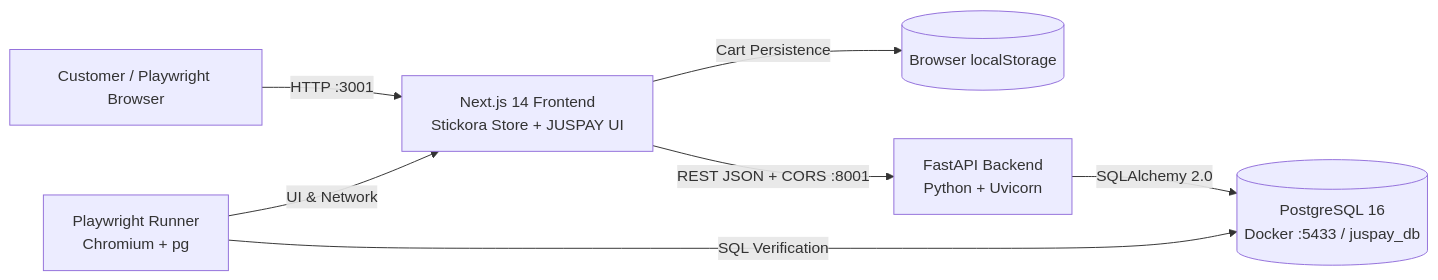
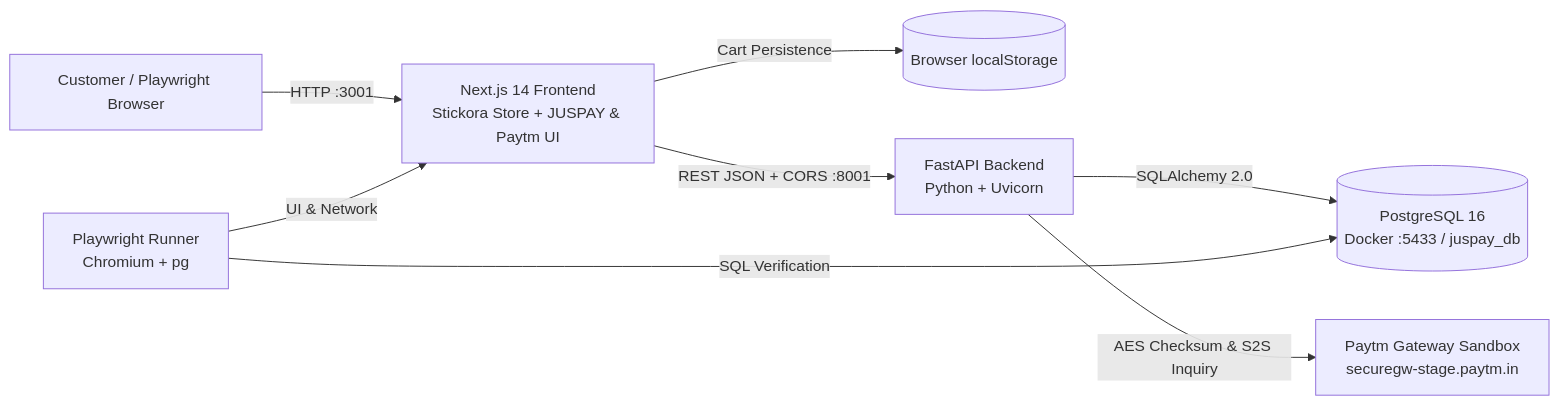
The diagram in README.md (SrujanKindikeri/juspay-sticker-store-automation), drawn with Mermaid before and after one commit. The commit also changed other lines of this file and 49 other files, not shown here.

Commit message:
Add Paytm payment gateway integration and browser automation

````diff
--- a/README.md
+++ b/README.md
@@ -107,9 +123,10 @@
 ```mermaid
 flowchart LR
-    U[Customer / Playwright Browser] -->|HTTP :3001| FE[Next.js 14 Frontend<br/>Stickora Store + JUSPAY UI]
+    U[Customer / Playwright Browser] -->|HTTP :3001| FE[Next.js 14 Frontend<br/>Stickora Store + JUSPAY & Paytm UI]
     FE -->|Cart Persistence| LS[(Browser localStorage)]
     FE -->|REST JSON + CORS :8001| BE[FastAPI Backend<br/>Python + Uvicorn]
     BE -->|SQLAlchemy 2.0| DB[(PostgreSQL 16<br/>Docker :5433 / juspay_db)]
+    BE -->|AES Checksum & S2S Inquiry| PTM[Paytm Gateway Sandbox<br/>securegw-stage.paytm.in]
     PW[Playwright Runner<br/>Chromium + pg] -->|UI & Network| FE
     PW -->|SQL Verification| DB
 ```
````
